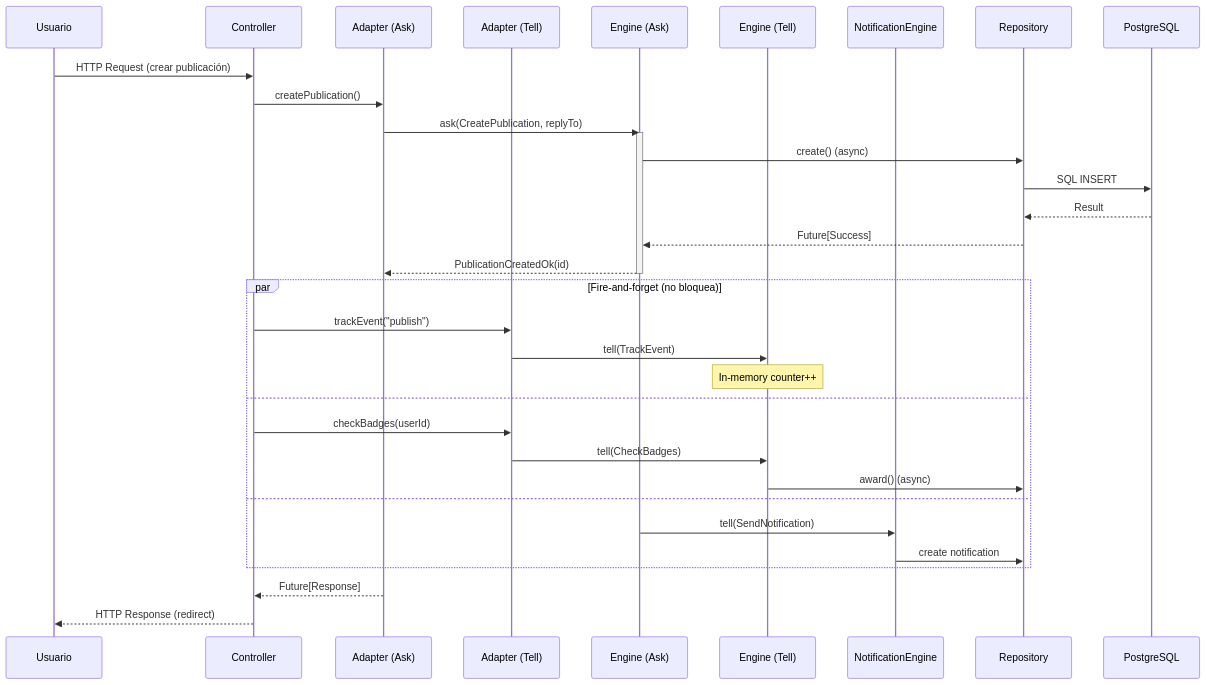
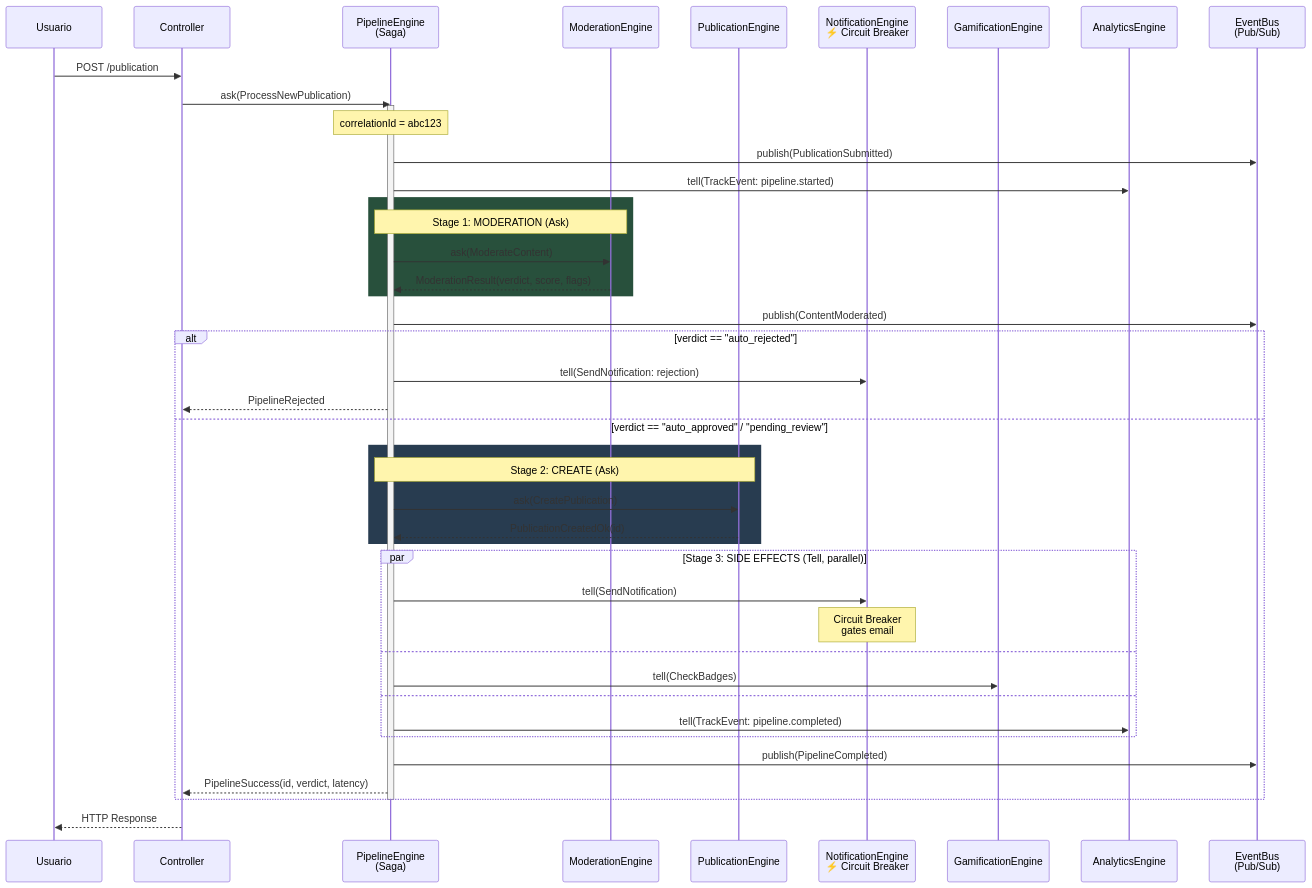
Before and after one commit to federicopfund/Reactive-Manifesto: the third of 3 diagrams in README.md, drawn with Mermaid. The commit also changed other lines of this file, not shown here.

````diff
--- a/README.md
+++ b/README.md
@@ -193,39 +223,54 @@
 ```mermaid
 sequenceDiagram
     participant U as Usuario
     participant C as Controller
-    participant A1 as Adapter (Ask)
-    participant A2 as Adapter (Tell)
-    participant E1 as Engine (Ask)
-    participant E2 as Engine (Tell)
-    participant NE as NotificationEngine
-    participant R as Repository
-    participant DB as PostgreSQL
+    participant PL as PipelineEngine<br/>(Saga)
+    participant MOD as ModerationEngine
+    participant PUB as PublicationEngine
+    participant NOT as NotificationEngine<br/>⚡ Circuit Breaker
+    participant GAM as GamificationEngine
+    participant ANA as AnalyticsEngine
+    participant EB as EventBus<br/>(Pub/Sub)
 
-    U->>C: HTTP Request (crear publicación)
-    C->>A1: createPublication()
-    A1->>E1: ask(CreatePublication, replyTo)
-    activate E1
-    E1->>R: create() (async)
-    R->>DB: SQL INSERT
-    DB-->>R: Result
-    R-->>E1: Future[Success]
-    E1-->>A1: PublicationCreatedOk(id)
-    deactivate E1
+    U->>C: POST /publication
+    C->>PL: ask(ProcessNewPublication)
+    activate PL
+    Note over PL: correlationId = abc123
 
-    par Fire-and-forget (no bloquea)
-        C->>A2: trackEvent("publish")
-        A2->>E2: tell(TrackEvent)
-        Note over E2: In-memory counter++
-    and
-        C->>A2: checkBadges(userId)
-        A2->>E2: tell(CheckBadges)
-        E2->>R: award() (async)
-    and
-        E1->>NE: tell(SendNotification)
-        NE->>R: create notification
+    PL->>EB: publish(PublicationSubmitted)
+    PL->>ANA: tell(TrackEvent: pipeline.started)
+
+    rect rgb(40, 80, 60)
+        Note over PL,MOD: Stage 1: MODERATION (Ask)
+        PL->>MOD: ask(ModerateContent)
+        MOD-->>PL: ModerationResult(verdict, score, flags)
     end
 
-    A1-->>C: Future[Response]
-    C-->>U: HTTP Response (redirect)
+    PL->>EB: publish(ContentModerated)
+
+    alt verdict == "auto_rejected"
+        PL->>NOT: tell(SendNotification: rejection)
+        PL-->>C: PipelineRejected
+    else verdict == "auto_approved" / "pending_review"
+        rect rgb(40, 60, 80)
+            Note over PL,PUB: Stage 2: CREATE (Ask)
+            PL->>PUB: ask(CreatePublication)
+            PUB-->>PL: PublicationCreatedOk(id)
+        end
+
+        par Stage 3: SIDE EFFECTS (Tell, parallel)
+            PL->>NOT: tell(SendNotification)
+            Note over NOT: Circuit Breaker<br/>gates email
+        and
+            PL->>GAM: tell(CheckBadges)
+        and
+            PL->>ANA: tell(TrackEvent: pipeline.completed)
+        end
+
+        PL->>EB: publish(PipelineCompleted)
+        PL-->>C: PipelineSuccess(id, verdict, latency)
+    end
+
+    deactivate PL
+    C-->>U: HTTP Response
 ```
````
